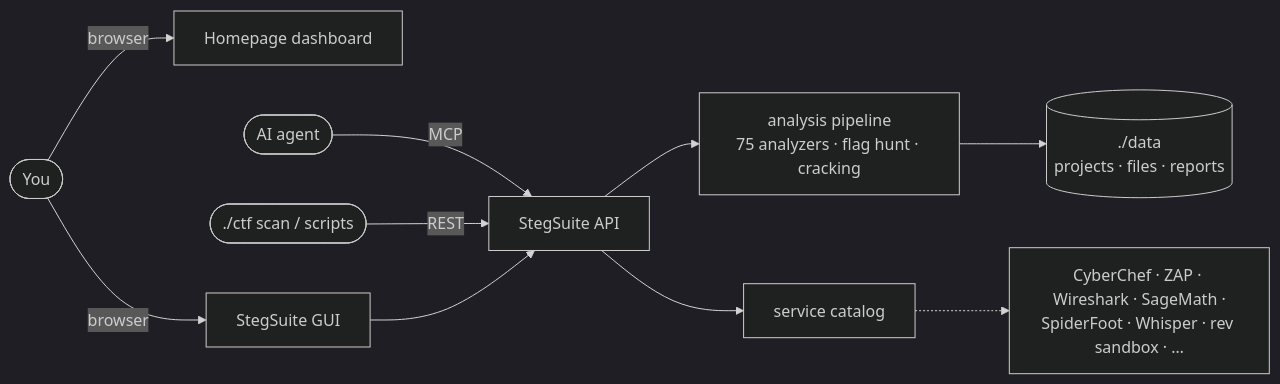
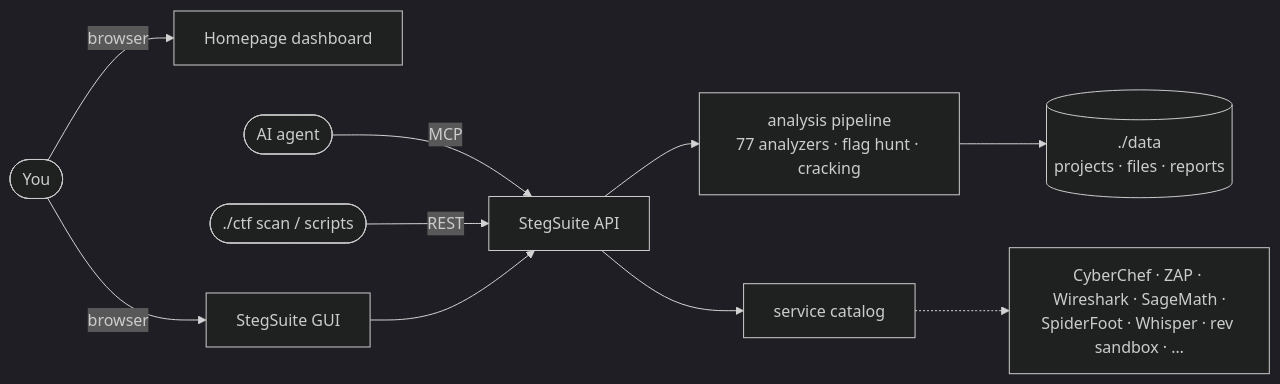
One commit to dexRand/ctf-docker changed the diagram in README.md. Above: the diagram before and after it, drawn with Mermaid (dark theme). The commit also changed other lines of this file and 6 other files, not shown here.

````diff
--- a/README.md
+++ b/README.md
@@ -87,12 +87,12 @@
 ```mermaid
 flowchart LR
   you([You]) -->|browser| dash[Homepage dashboard]
   you -->|browser| ss[StegSuite GUI]
   agent([AI agent]) -->|MCP| api
   cli([./ctf scan / scripts]) -->|REST| api
   ss --> api[StegSuite API]
-  api --> pipe[analysis pipeline<br/>75 analyzers · flag hunt · cracking]
+  api --> pipe[analysis pipeline<br/>77 analyzers · flag hunt · cracking]
   pipe --> data[(./data<br/>projects · files · reports)]
   api --> svc[service catalog]
   svc -.-> tools[CyberChef · ZAP · Wireshark · SageMath ·<br/>SpiderFoot · Whisper · rev sandbox · …]
 ```
````
